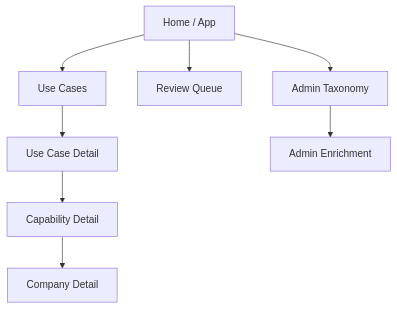
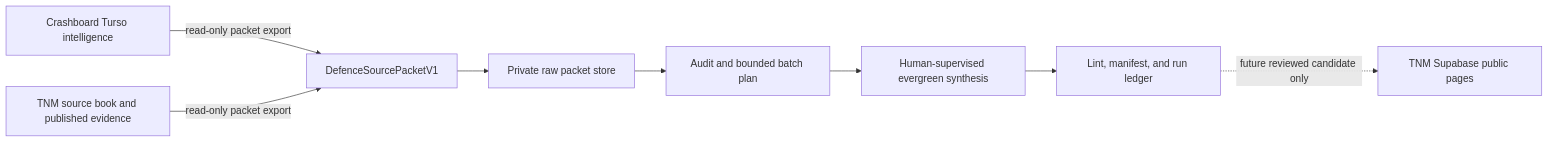
Before and after one commit to AndDavies/ecosystem_intelligence: the diagram in context/governance/Internal Wiki Plan.md, drawn with Mermaid. The commit also changed other lines of this file and 10 other files, not shown here.

Commit message:
feat: establish private defence wiki foundation

````diff
--- a/context/governance/Internal Wiki Plan.md
+++ b/context/governance/Internal Wiki Plan.md
@@ -240,10 +29,10 @@
 ```mermaid
-flowchart TD
-    A["Home / App"] --> B["Use Cases"]
-    B --> C["Use Case Detail"]
-    C --> D["Capability Detail"]
-    D --> E["Company Detail"]
-    A --> F["Review Queue"]
-    A --> G["Admin Taxonomy"]
-    G --> H["Admin Enrichment"]
+flowchart LR
+    C["Crashboard Turso intelligence"] -->|"read-only packet export"| P["DefenceSourcePacketV1"]
+    T["TNM source book and published evidence"] -->|"read-only packet export"| P
+    P --> R["Private raw packet store"]
+    R --> A["Audit and bounded batch plan"]
+    A --> W["Human-supervised evergreen synthesis"]
+    W --> L["Lint, manifest, and run ledger"]
+    L -. "future reviewed candidate only" .-> S["TNM Supabase public pages"]
 ```
````
